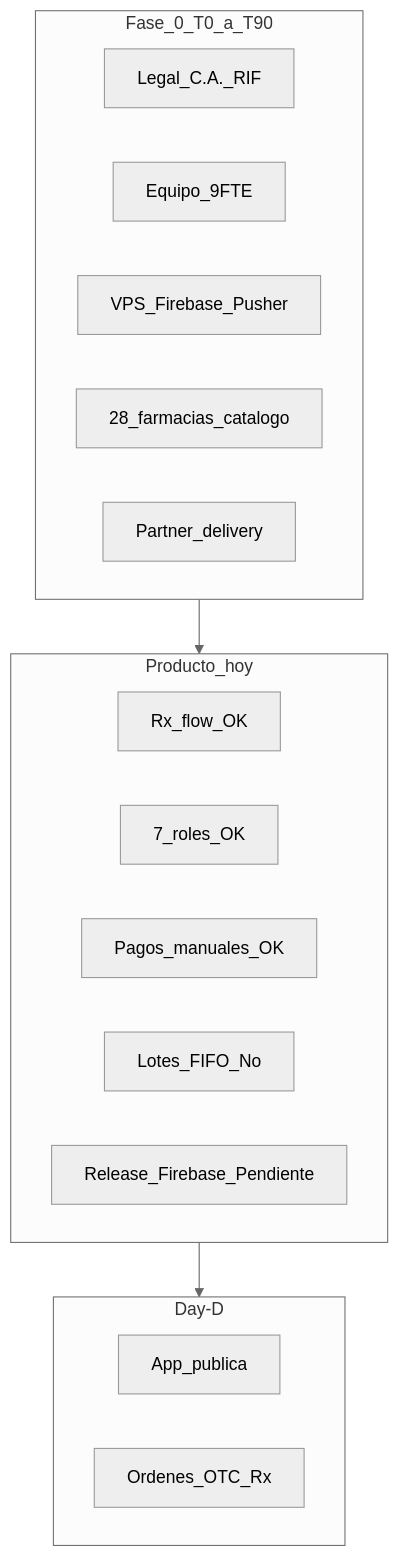
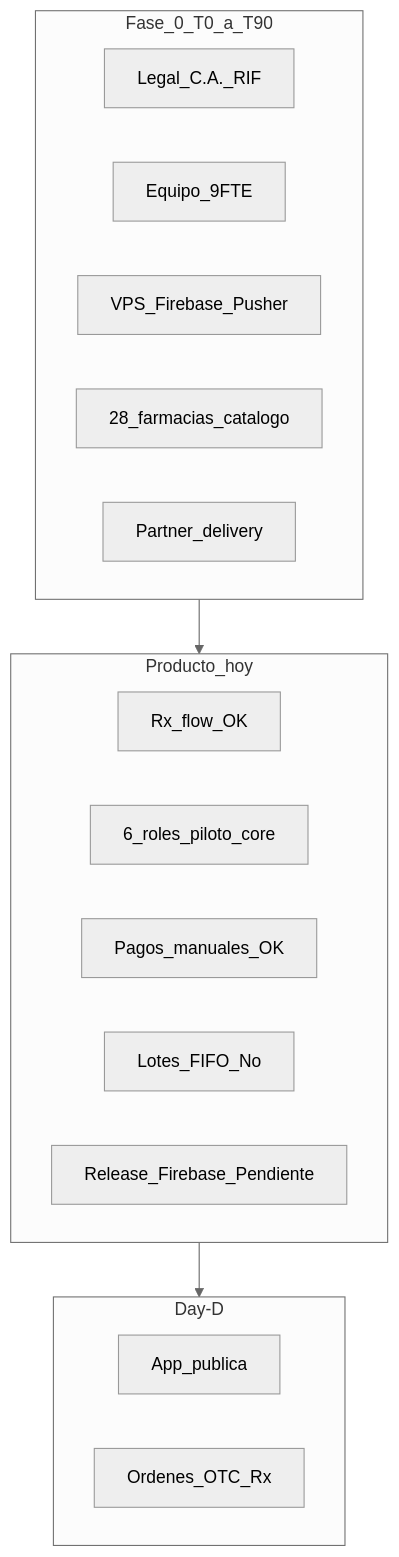
Before and after one commit to Abrahan-Eagle/ZonixPharma-Backend: the diagram in docs/Lanzamiento/ALINEACION_LANZAMIENTO_VS_PRODUCTO_2026-05.md, drawn with Mermaid (neutral theme). The commit also changed other lines of this file and 25 other files, not shown here.

````diff
--- a/docs/Lanzamiento/ALINEACION_LANZAMIENTO_VS_PRODUCTO_2026-05.md
+++ b/docs/Lanzamiento/ALINEACION_LANZAMIENTO_VS_PRODUCTO_2026-05.md
@@ -79,23 +79,23 @@
 ```mermaid
 flowchart TB
   subgraph fase0 [Fase_0_T0_a_T90]
     Legal[Legal_C.A._RIF]
     Team[Equipo_9FTE]
     Infra[VPS_Firebase_Pusher]
     Pharm[28_farmacias_catalogo]
     Logistic[Partner_delivery]
   end
   subgraph producto [Producto_hoy]
     Rx[Rx_flow_OK]
-    Roles[7_roles_OK]
+    Roles[6_roles_piloto_core]
     Pay[Pagos_manuales_OK]
     Lots[Lotes_FIFO_No]
     Release[Release_Firebase_Pendiente]
   end
   subgraph dayD [Day-D]
     Public[App_publica]
     Orders[Ordenes_OTC_Rx]
   end
   fase0 --> producto
   producto --> dayD
 ```
````
